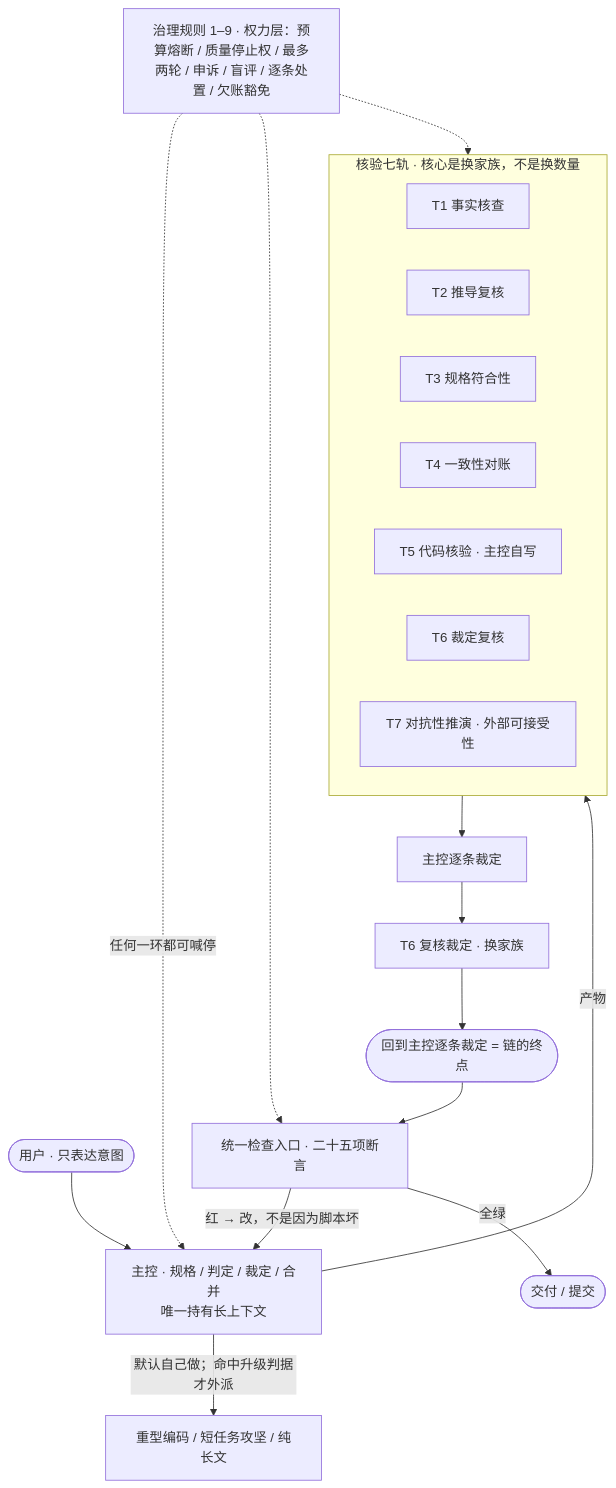
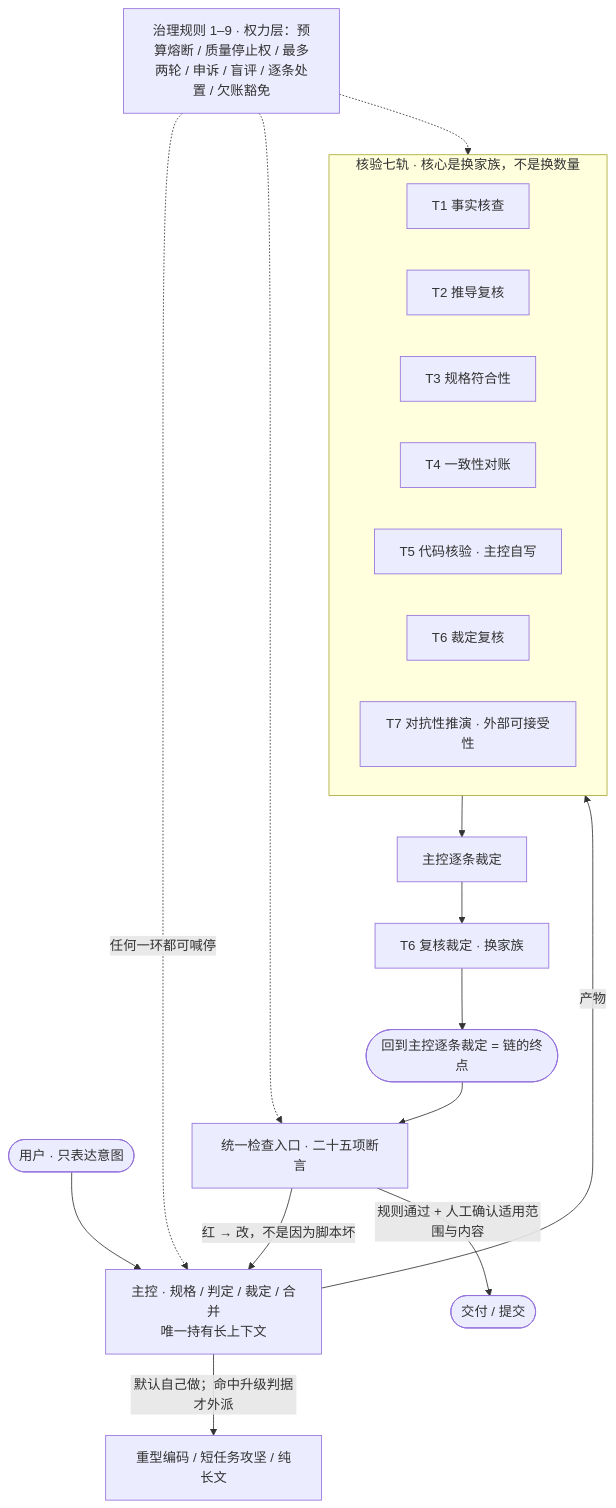
One commit to cty66699/dsh-ai-system changed the diagram in README.md. Above: the diagram before and after it, drawn with Mermaid. The commit also changed other lines of this file, not shown here.

````diff
--- a/README.md
+++ b/README.md
@@ -462,29 +411,29 @@
 ```mermaid
 flowchart TB
   U(["用户 · 只表达意图"]) --> M["主控 · 规格 / 判定 / 裁定 / 合并<br/>唯一持有长上下文"]
   M -->|"默认自己做；命中升级判据才外派"| ESC["重型编码 / 短任务攻坚 / 纯长文"]
 
   subgraph V["核验七轨 · 核心是换家族，不是换数量"]
     direction LR
     T1["T1 事实核查"]
     T2["T2 推导复核"]
     T3["T3 规格符合性"]
     T4["T4 一致性对账"]
     T5["T5 代码核验 · 主控自写"]
     T6["T6 裁定复核"]
     T7["T7 对抗性推演 · 外部可接受性"]
   end
 
   M -->|"产物"| V
   V --> DISP["主控逐条裁定"]
   DISP --> T6R["T6 复核裁定 · 换家族"]
   T6R --> END(["回到主控逐条裁定 = 链的终点"])
   END --> GATE["统一检查入口 · 二十五项断言"]
   GATE -->|"红 → 改，不是因为脚本坏"| M
-  GATE -->|"全绿"| OUT(["交付 / 提交"])
+  GATE -->|"规则通过 + 人工确认适用范围与内容"| OUT(["交付 / 提交"])
 
   POWER["治理规则 1–9 · 权力层：预算熔断 / 质量停止权 / 最多两轮 / 申诉 / 盲评 / 逐条处置 / 欠账豁免"]
   POWER -.->|"任何一环都可喊停"| M
   POWER -.-> V
   POWER -.-> GATE
 ```
````
